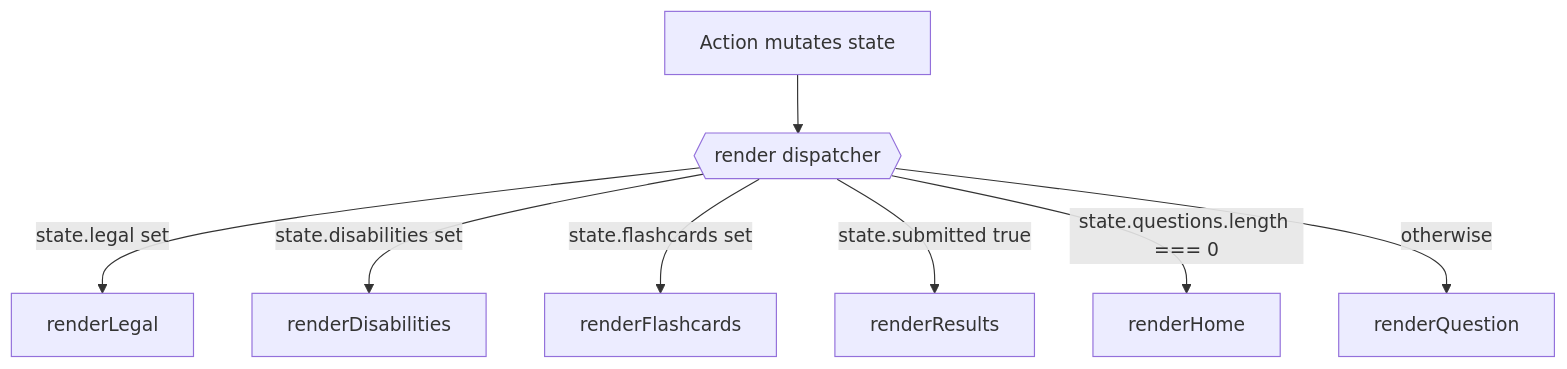
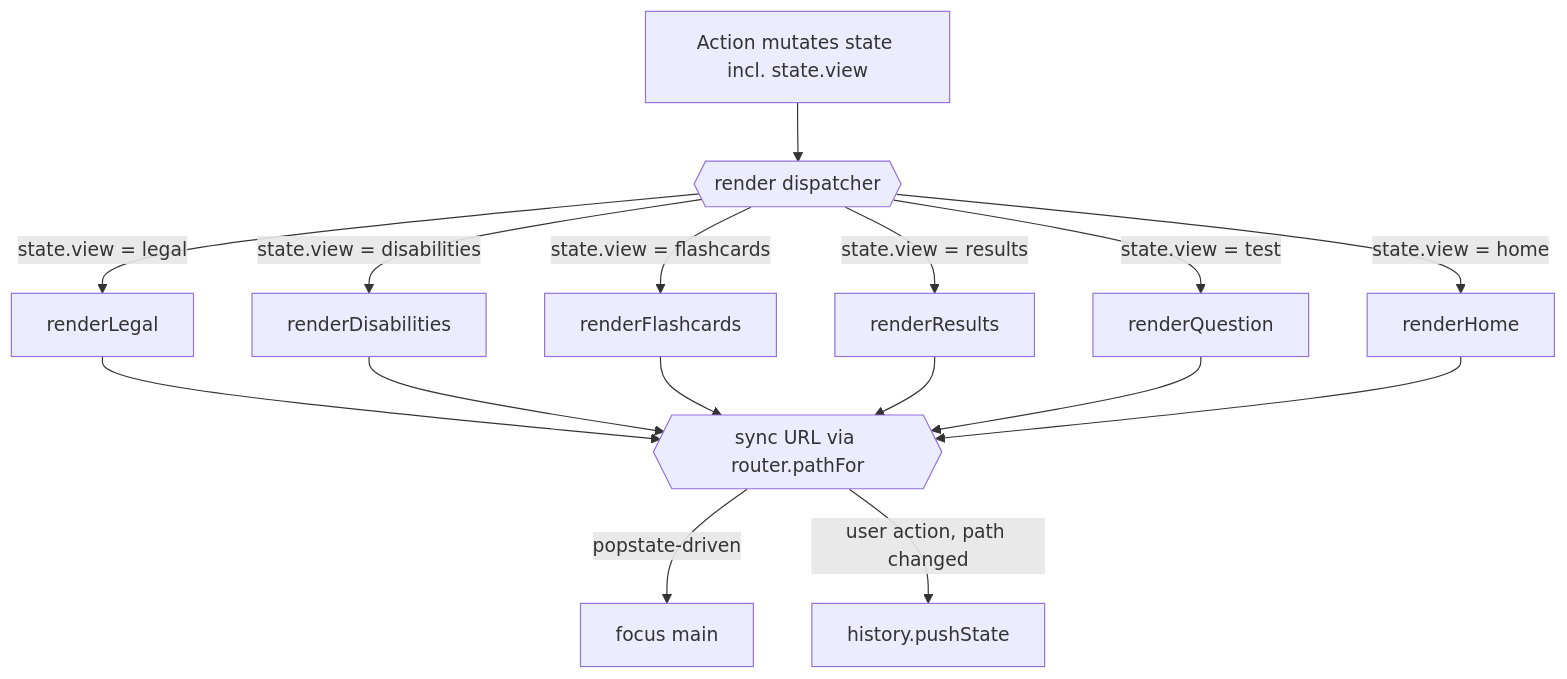
The second of 4 diagrams in ARCHITECTURE.md (lucidsif/cpacc-exam-prep), drawn with Mermaid before and after one commit. The commit also changed other lines of this file and 11 other files, not shown here.

````diff
--- a/ARCHITECTURE.md
+++ b/ARCHITECTURE.md
@@ -65,14 +68,22 @@
 ```mermaid
 flowchart TD
   accTitle: Render dispatcher decision tree
-  accDescr: render() inspects the state object in this priority order and returns after the first match. legal view, then disabilities, then flashcards, then submitted (results), then empty questions array (home), and finally falls through to the question view. After every state mutation, render() is called again.
+  accDescr: render() switches on the explicit state.view field to one of six views. After rendering, it syncs the URL hash to match state via the router module, unless the render was itself driven by a popstate event, in which case it moves focus to main instead of pushing a new history entry. After every state mutation, render() is called again.
 
-  A[Action mutates state]
+  A[Action mutates state incl. state.view]
   A --> R{{render dispatcher}}
-  R -->|state.legal set| L[renderLegal]
-  R -->|state.disabilities set| D[renderDisabilities]
-  R -->|state.flashcards set| F[renderFlashcards]
-  R -->|state.submitted true| RR[renderResults]
-  R -->|state.questions.length === 0| H[renderHome]
-  R -->|otherwise| Q[renderQuestion]
+  R -->|state.view = legal| L[renderLegal]
+  R -->|state.view = disabilities| D[renderDisabilities]
+  R -->|state.view = flashcards| F[renderFlashcards]
+  R -->|state.view = results| RR[renderResults]
+  R -->|state.view = test| Q[renderQuestion]
+  R -->|state.view = home| H[renderHome]
+  L --> SYNC{{sync URL via router.pathFor}}
+  D --> SYNC
+  F --> SYNC
+  RR --> SYNC
+  Q --> SYNC
+  H --> SYNC
+  SYNC -->|popstate-driven| FOCUS[focus main]
+  SYNC -->|user action, path changed| PUSH[history.pushState]
 ```
````
